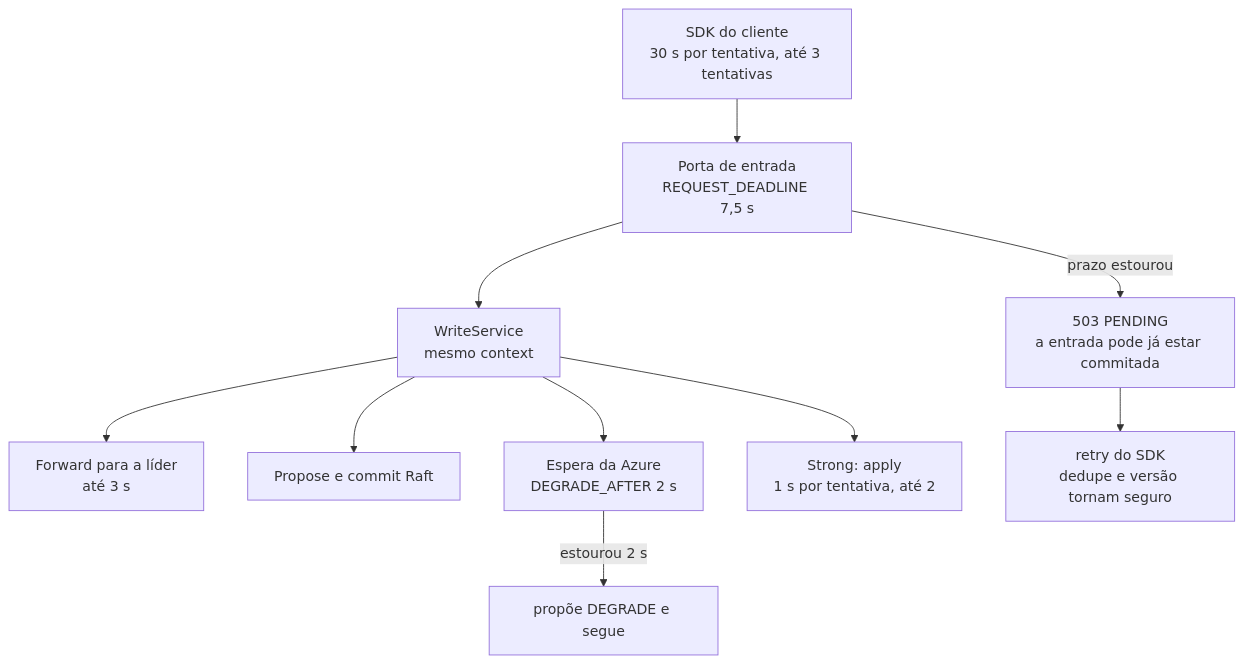
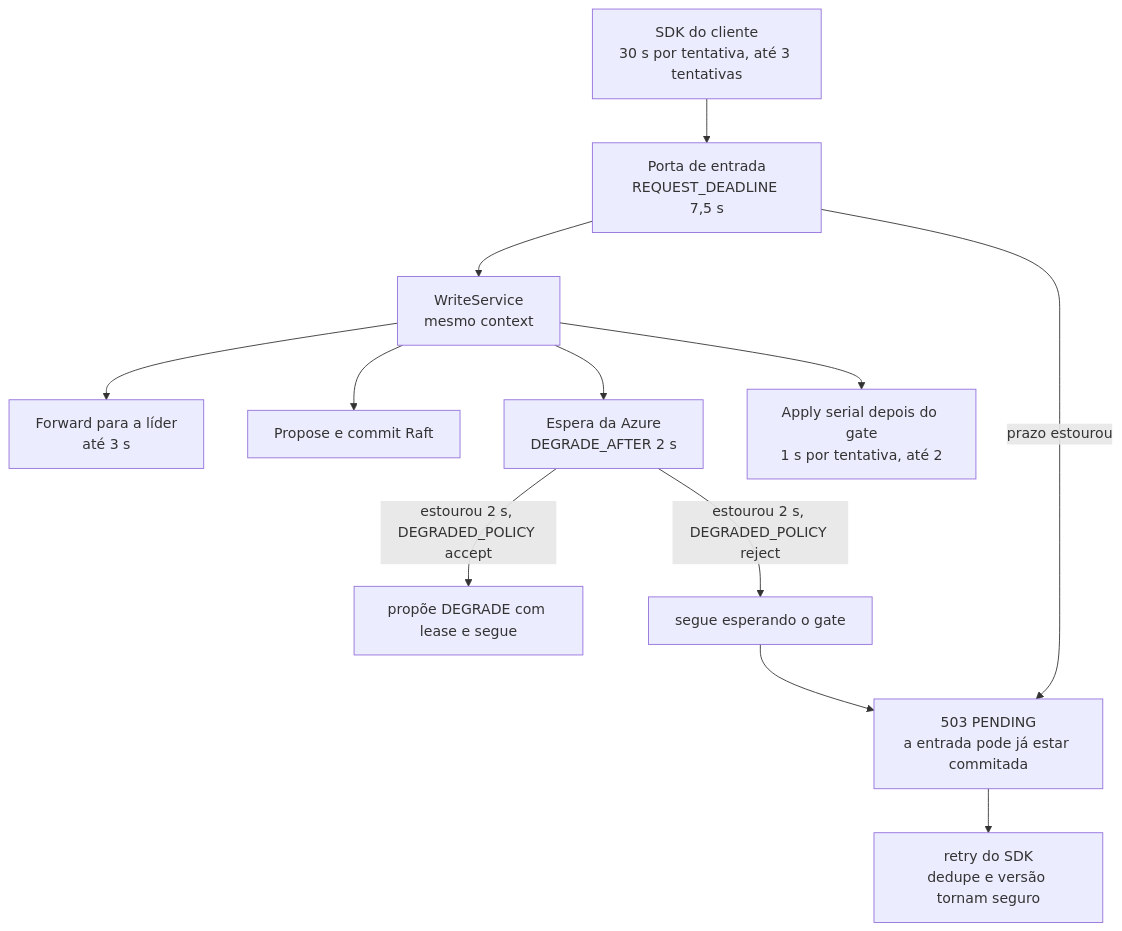
Before and after one commit to brbarmex/k: the second of 2 diagrams in 02_cenarios/atualizados/C07-timeout-depois-do-commit.md, drawn with Mermaid. The commit also changed other lines of this file and 139 other files, not shown here.

````diff
--- a/02_cenarios/atualizados/C07-timeout-depois-do-commit.md
+++ b/02_cenarios/atualizados/C07-timeout-depois-do-commit.md
@@ -30,12 +30,14 @@
 ```mermaid
 flowchart TD
     SDK["SDK do cliente<br/>30 s por tentativa, até 3 tentativas"] --> API["Porta de entrada<br/>REQUEST_DEADLINE 7,5 s"]
     API --> UC["WriteService<br/>mesmo context"]
     UC --> FWD["Forward para a líder<br/>até 3 s"]
     UC --> RAFT["Propose e commit Raft"]
     UC --> GATE["Espera da Azure<br/>DEGRADE_AFTER 2 s"]
-    GATE -->|"estourou 2 s"| DEG["propõe DEGRADE e segue"]
-    UC --> APPLY["Strong: apply<br/>1 s por tentativa, até 2"]
+    GATE -->|"estourou 2 s, DEGRADED_POLICY accept"| DEG["propõe DEGRADE com lease e segue"]
+    GATE -->|"estourou 2 s, DEGRADED_POLICY reject"| REJ["segue esperando o gate"]
+    UC --> APPLY["Apply serial depois do gate<br/>1 s por tentativa, até 2"]
     API -->|"prazo estourou"| PEND["503 PENDING<br/>a entrada pode já estar commitada"]
+    REJ --> PEND
     PEND --> RETRY["retry do SDK<br/>dedupe e versão tornam seguro"]
 ```
````
